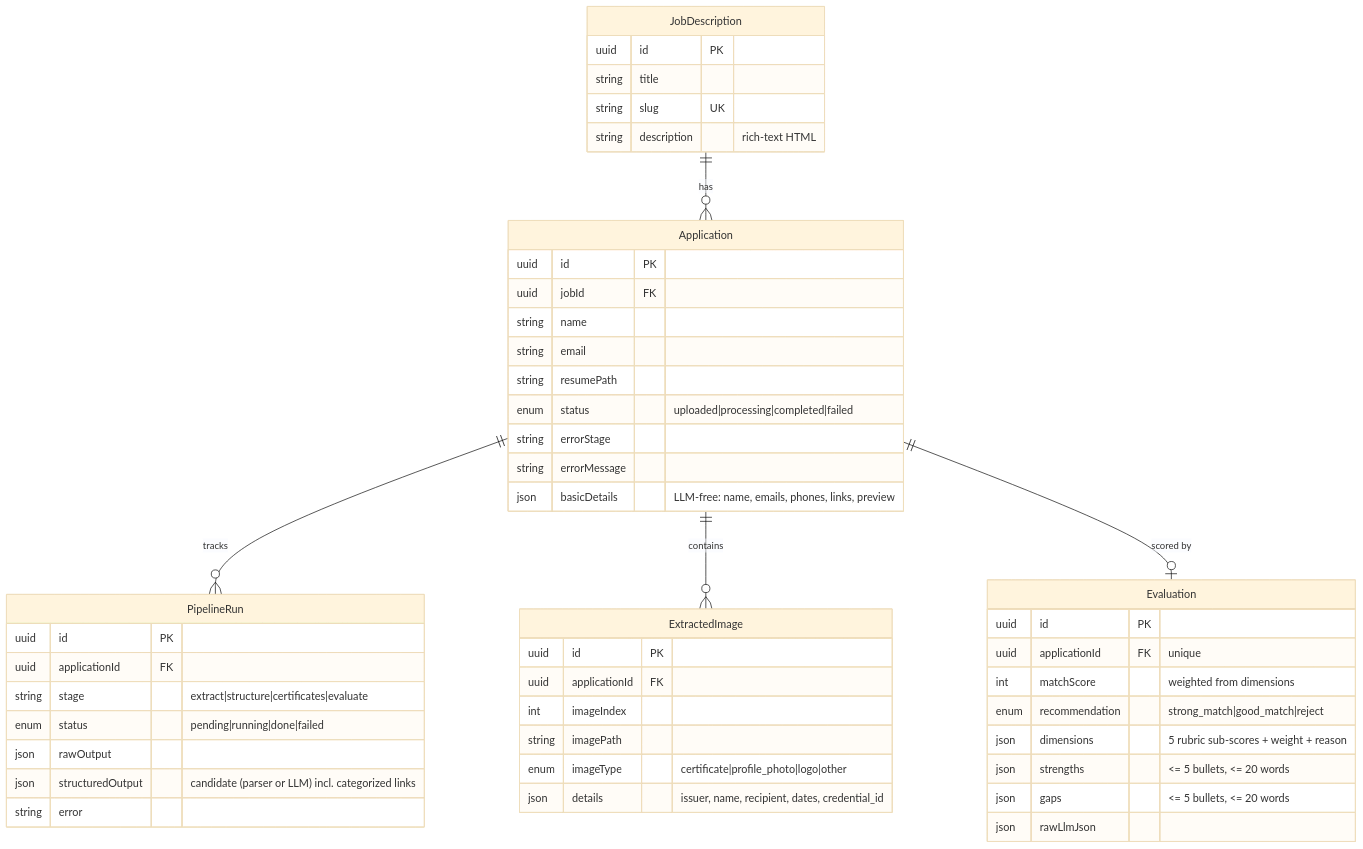
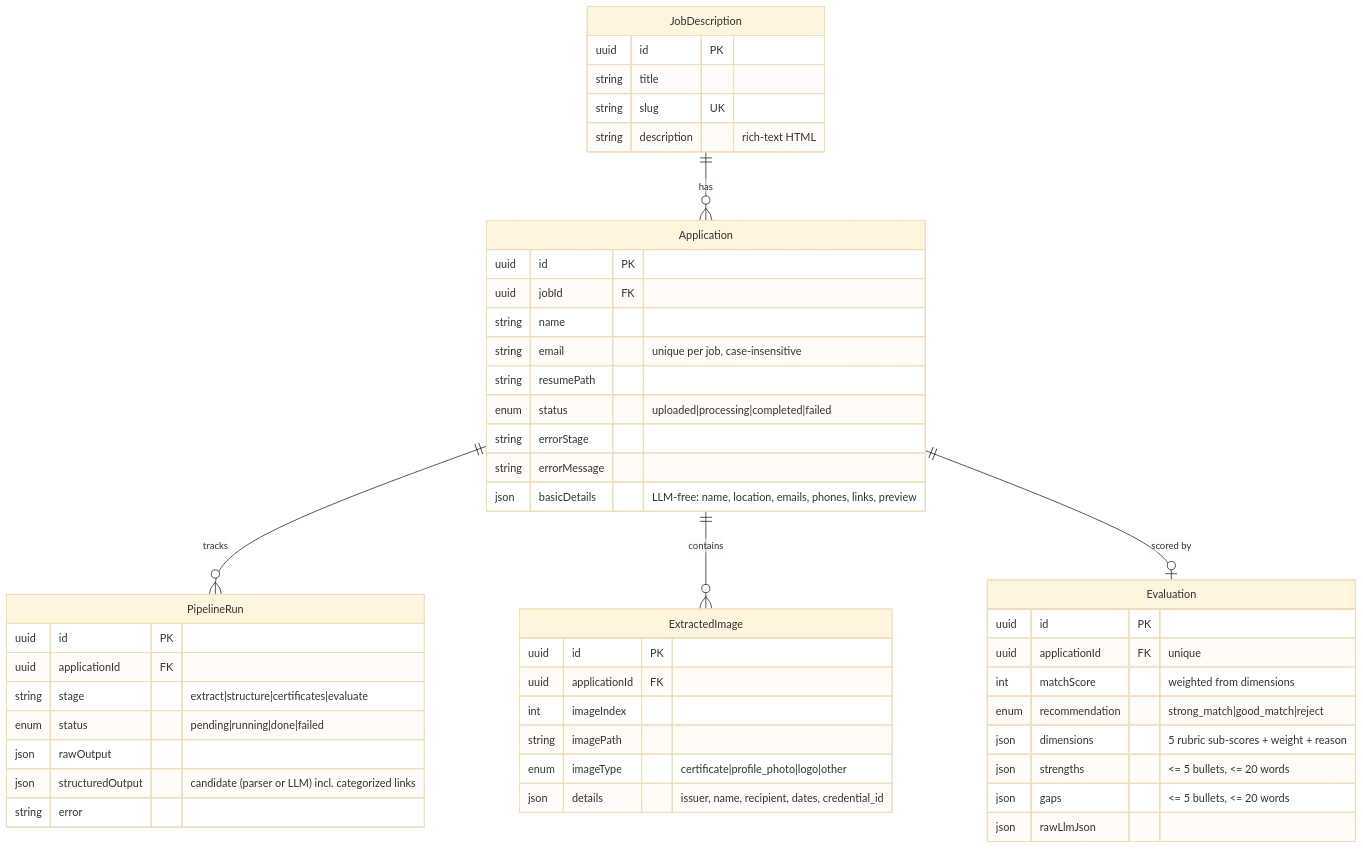
The fifth of 5 diagrams in docs/ARCHITECTURE.md (Lalit-001/ats-scorer), drawn with Mermaid (base theme) before and after one commit. The commit also changed other lines of this file, not shown here.

Commit message:
docs: note unique email-per-job constraint and location in architecture

````diff
--- a/docs/ARCHITECTURE.md
+++ b/docs/ARCHITECTURE.md
@@ -175,52 +176,52 @@
 ```mermaid
 erDiagram
   JobDescription ||--o{ Application : "has"
   Application ||--o{ PipelineRun : "tracks"
   Application ||--o{ ExtractedImage : "contains"
   Application ||--o| Evaluation : "scored by"
 
   JobDescription {
     uuid id PK
     string title
     string slug UK
     string description "rich-text HTML"
   }
   Application {
     uuid id PK
     uuid jobId FK
     string name
-    string email
+    string email "unique per job, case-insensitive"
     string resumePath
     enum status "uploaded|processing|completed|failed"
     string errorStage
     string errorMessage
-    json basicDetails "LLM-free: name, emails, phones, links, preview"
+    json basicDetails "LLM-free: name, location, emails, phones, links, preview"
   }
   PipelineRun {
     uuid id PK
     uuid applicationId FK
     string stage "extract|structure|certificates|evaluate"
     enum status "pending|running|done|failed"
     json rawOutput
     json structuredOutput "candidate (parser or LLM) incl. categorized links"
     string error
   }
   ExtractedImage {
     uuid id PK
     uuid applicationId FK
     int imageIndex
     string imagePath
     enum imageType "certificate|profile_photo|logo|other"
     json details "issuer, name, recipient, dates, credential_id"
   }
   Evaluation {
     uuid id PK
     uuid applicationId FK "unique"
     int matchScore "weighted from dimensions"
     enum recommendation "strong_match|good_match|reject"
     json dimensions "5 rubric sub-scores + weight + reason"
     json strengths "<= 5 bullets, <= 20 words"
     json gaps "<= 5 bullets, <= 20 words"
     json rawLlmJson
   }
 ```
````
